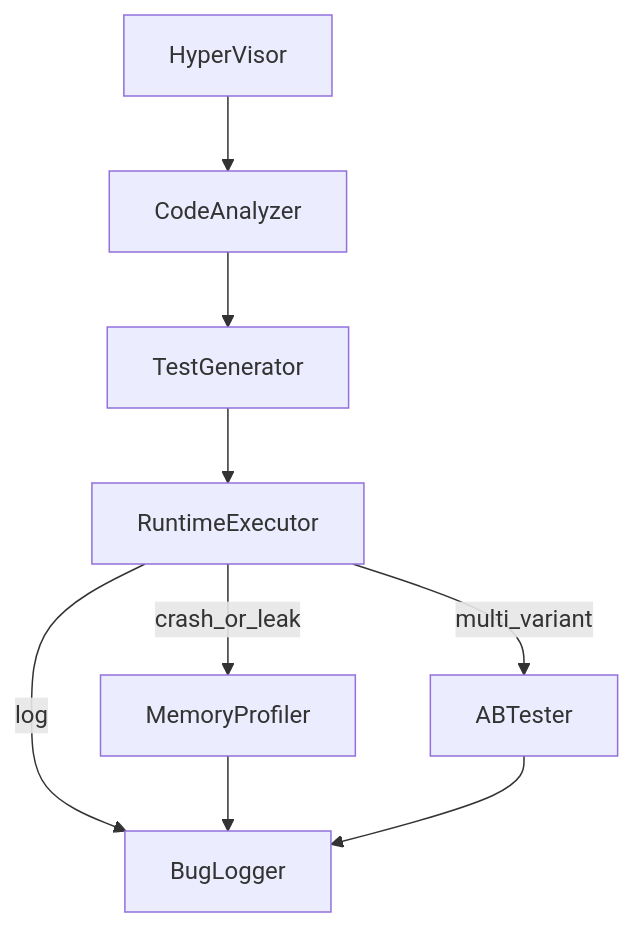
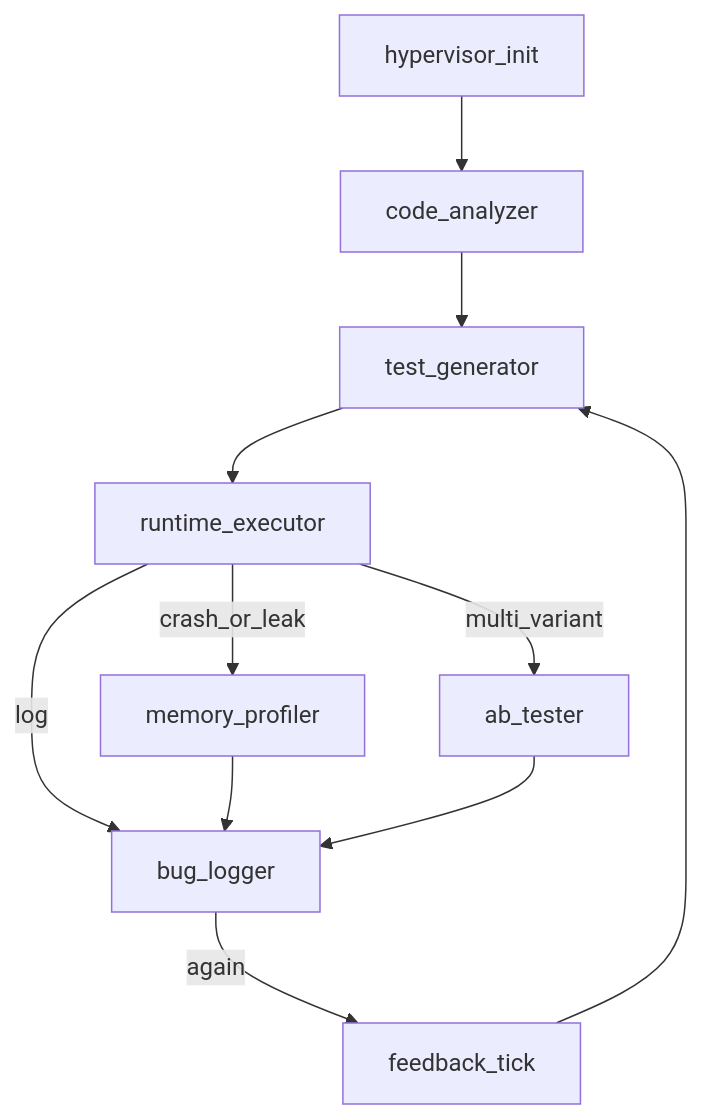
Before and after one commit to bulatkalimullin/bughunter: the diagram in docs/BHS_IMPLEMENTATION.md, drawn with Mermaid. The commit also changed other lines of this file and 5 other files, not shown here.

````diff
--- a/docs/BHS_IMPLEMENTATION.md
+++ b/docs/BHS_IMPLEMENTATION.md
@@ -7,18 +7,21 @@
 ```mermaid
 flowchart TB
-  hv[HyperVisor]
-  ca[CodeAnalyzer]
-  tg[TestGenerator]
-  re[RuntimeExecutor]
-  mp[MemoryProfiler]
-  ab[ABTester]
-  bl[BugLogger]
+  hv[hypervisor_init]
+  ca[code_analyzer]
+  tg[test_generator]
+  re[runtime_executor]
+  mp[memory_profiler]
+  ab[ab_tester]
+  bl[bug_logger]
+  ft[feedback_tick]
   hv --> ca
   ca --> tg
   tg --> re
   re -->|crash_or_leak| mp
   re -->|multi_variant| ab
   re -->|log| bl
   mp --> bl
   ab --> bl
+  bl -->|again| ft
+  ft --> tg
 ```
````
